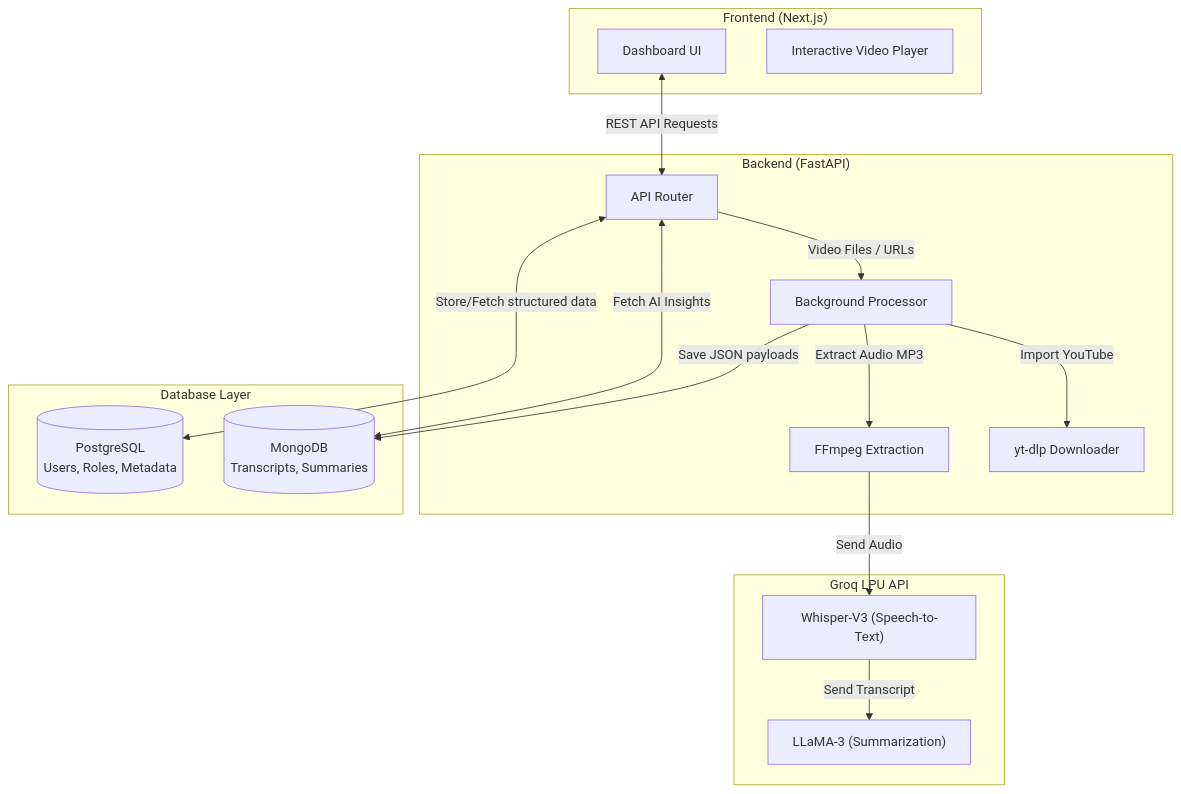
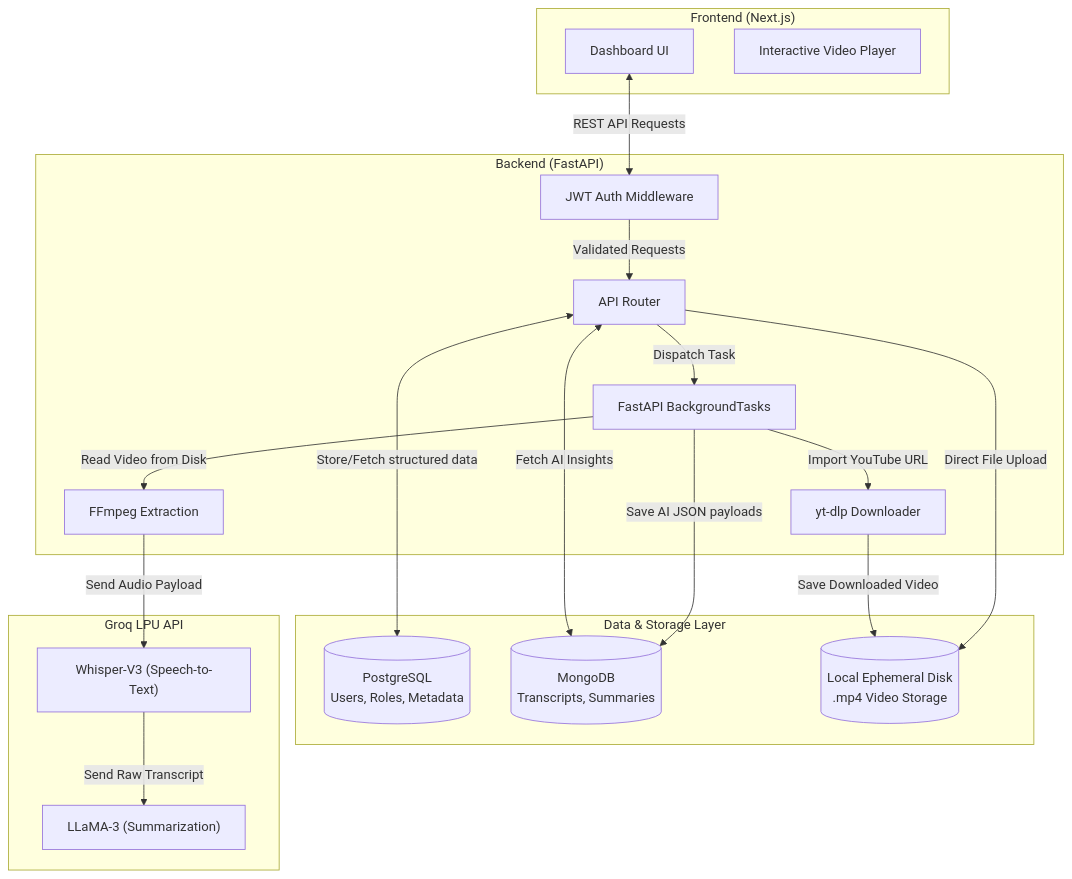
One commit to devanshi14malhotra/ClipMind-AI changed the diagram in README.md. Above: the diagram before and after it, drawn with Mermaid.

Commit message:
docs: update architecture diagram with auth and storage nodes

````diff
--- a/README.md
+++ b/README.md
@@ -33,35 +33,43 @@
 ```mermaid
 graph TD
     subgraph Frontend ["Frontend (Next.js)"]
         UI["Dashboard UI"]
         Player["Interactive Video Player"]
     end
 
     subgraph Backend ["Backend (FastAPI)"]
+        Auth["JWT Auth Middleware"]
         API["API Router"]
-        Worker["Background Processor"]
+        Worker["FastAPI BackgroundTasks"]
         Audio["FFmpeg Extraction"]
         YTDLP["yt-dlp Downloader"]
     end
 
-    subgraph Databases ["Database Layer"]
+    subgraph Databases ["Data & Storage Layer"]
         SQL[("PostgreSQL<br>Users, Roles, Metadata")]
         NoSQL[("MongoDB<br>Transcripts, Summaries")]
+        Disk[("Local Ephemeral Disk<br>.mp4 Video Storage")]
     end
 
     subgraph AI ["Groq LPU API"]
         Whisper["Whisper-V3 (Speech-to-Text)"]
         LLaMA["LLaMA-3 (Summarization)"]
     end
 
-    UI <-->|REST API Requests| API
-    API -->|Video Files / URLs| Worker
-    Worker -->|Import YouTube| YTDLP
-    Worker -->|Extract Audio MP3| Audio
-    Audio -->|Send Audio| Whisper
-    Whisper -->|Send Transcript| LLaMA
+    UI <-->|REST API Requests| Auth
+    Auth -->|Validated Requests| API
+    
+    API -->|Direct File Upload| Disk
+    API -->|Dispatch Task| Worker
+    
+    Worker -->|Import YouTube URL| YTDLP
+    YTDLP -->|Save Downloaded Video| Disk
+    
+    Worker -->|Read Video from Disk| Audio
+    Audio -->|Send Audio Payload| Whisper
+    Whisper -->|Send Raw Transcript| LLaMA
     
     API <-->|Store/Fetch structured data| SQL
-    Worker -->|Save JSON payloads| NoSQL
+    Worker -->|Save AI JSON payloads| NoSQL
     API <-->|Fetch AI Insights| NoSQL
 ```
````
